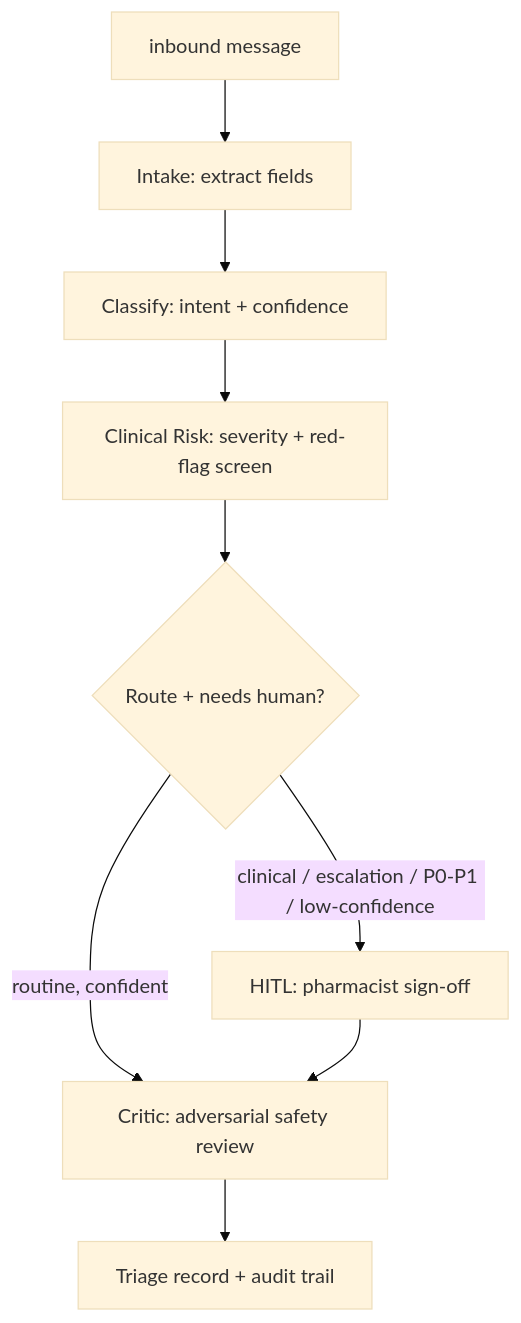
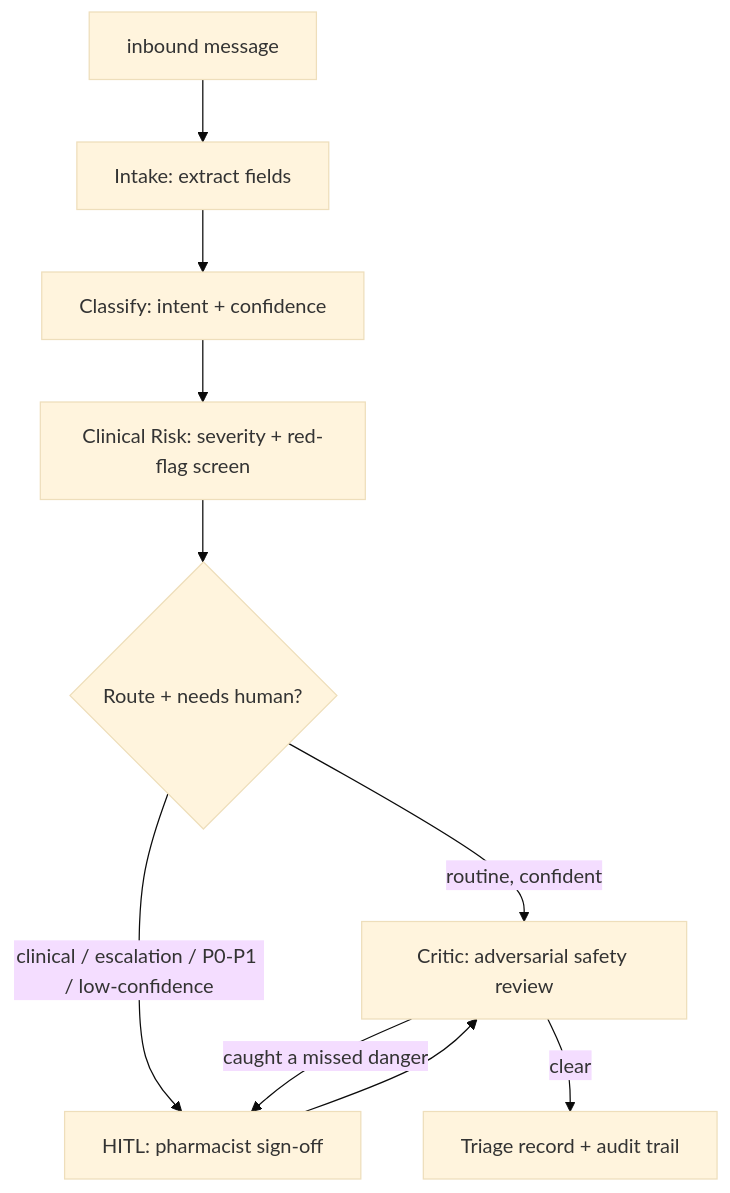
One commit to ckhamitkar/agentic-pharmacy-triage changed the diagram in README.md. Above: the diagram before and after it, drawn with Mermaid (base theme). The commit also changed other lines of this file and 5 other files, not shown here.

````diff
--- a/README.md
+++ b/README.md
@@ -46,11 +46,12 @@
 ```mermaid
 flowchart TD
     A[inbound message] --> B[Intake: extract fields]
     B --> C[Classify: intent + confidence]
     C --> D[Clinical Risk: severity + red-flag screen]
     D --> E{Route + needs human?}
     E -- routine, confident --> G[Critic: adversarial safety review]
     E -- clinical / escalation / P0-P1 / low-confidence --> F[HITL: pharmacist sign-off]
     F --> G
-    G --> H[Triage record + audit trail]
+    G -- caught a missed danger --> F
+    G -- clear --> H[Triage record + audit trail]
 ```
````
